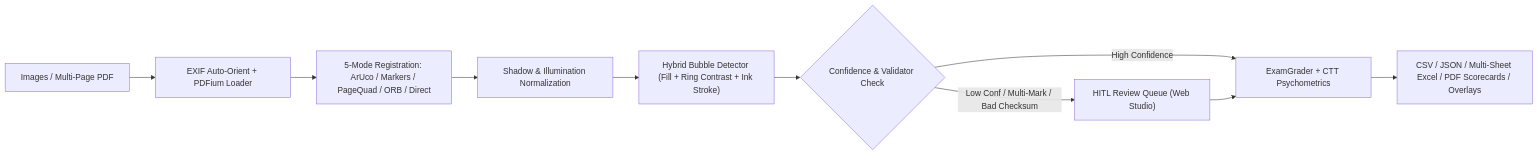
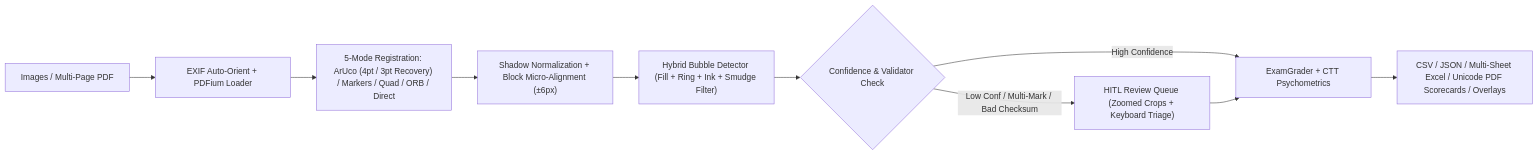
Before and after one commit to duhanguler/omr: the diagram in README.md, drawn with Mermaid. The commit also changed other lines of this file and 36 other files, not shown here.

Commit message:
feat: v2.2.0 CV resilience, native Unicode PDFs, Swiss Workbench Studio & 6-language i18n (#7)

````diff
--- a/README.md
+++ b/README.md
@@ -152,12 +155,12 @@
 ```mermaid
 flowchart LR
     A["Images / Multi-Page PDF"] --> B["EXIF Auto-Orient + PDFium Loader"]
-    B --> C["5-Mode Registration: ArUco / Markers / PageQuad / ORB / Direct"]
-    C --> D["Shadow & Illumination Normalization"]
-    D --> E["Hybrid Bubble Detector (Fill + Ring Contrast + Ink Stroke)"]
+    B --> C["5-Mode Registration: ArUco (4pt / 3pt Recovery) / Markers / Quad / ORB / Direct"]
+    C --> D["Shadow Normalization + Block Micro-Alignment (±6px)"]
+    D --> E["Hybrid Bubble Detector (Fill + Ring + Ink + Smudge Filter)"]
     E --> F{"Confidence & Validator Check"}
     F -- "High Confidence" --> G["ExamGrader + CTT Psychometrics"]
-    F -- "Low Conf / Multi-Mark / Bad Checksum" --> H["HITL Review Queue (Web Studio)"]
+    F -- "Low Conf / Multi-Mark / Bad Checksum" --> H["HITL Review Queue (Zoomed Crops + Keyboard Triage)"]
     H --> G
-    G --> I["CSV / JSON / Multi-Sheet Excel / PDF Scorecards / Overlays"]
+    G --> I["CSV / JSON / Multi-Sheet Excel / Unicode PDF Scorecards / Overlays"]
 ```
````
